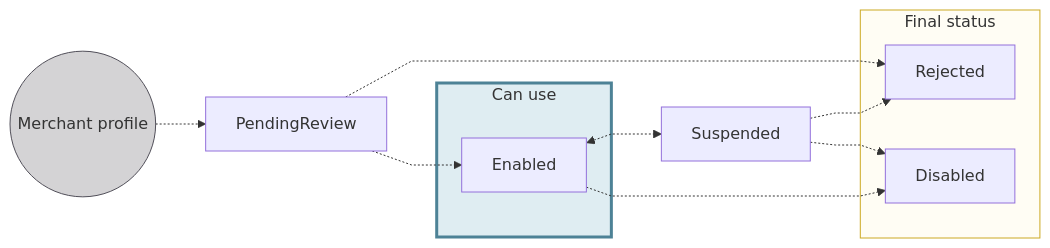
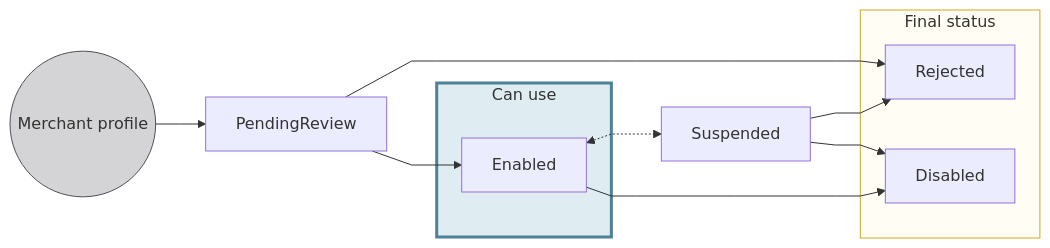
The first of 2 diagrams in docs/topics/merchants/index.mdx (swan-io/docs), drawn with Mermaid before and after one commit. The commit also changed other lines of this file, not shown here.

````diff
--- a/docs/topics/merchants/index.mdx
+++ b/docs/topics/merchants/index.mdx
@@ -82,21 +77,21 @@
 ```mermaid
 %%{ init: { 'flowchart': { 'curve': 'linear' } } }%%
 flowchart LR
-    MPR((Merchant profile)) -.-> PR[PendingReview]
-    PR -.-> R[Rejected]
-    PR -.-> E[Enabled]
+    MPR((Merchant profile)) --> PR[PendingReview]
+    PR --> R[Rejected]
+    PR --> E[Enabled]
     E <-.-> S[Suspended]
-    S -.-> R
-    S -.-> D
-    E -.-> D[Disabled]
+    S --> R
+    S --> D
+    E --> D[Disabled]
     subgraph U[Can use]
         E
     end
     subgraph F[Final status]
         D
         R
     end
     style MPR fill:#D4D3D5,stroke:#514F59
     style F fill:#fffdf4,stroke:#cca922
     style U fill:#dfedf2,stroke:#4d8296, stroke-width:3px
 ```
````
